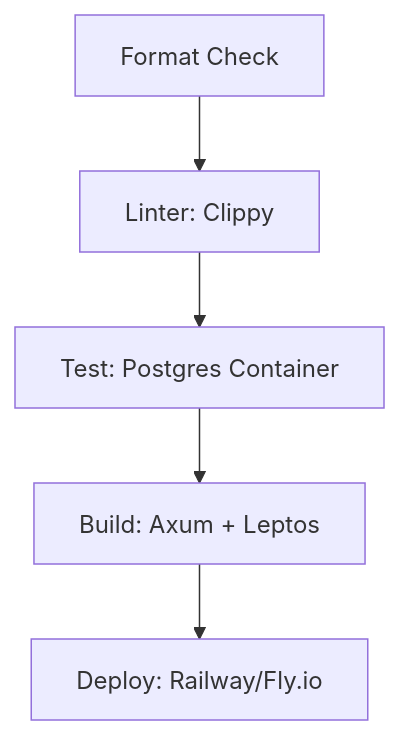
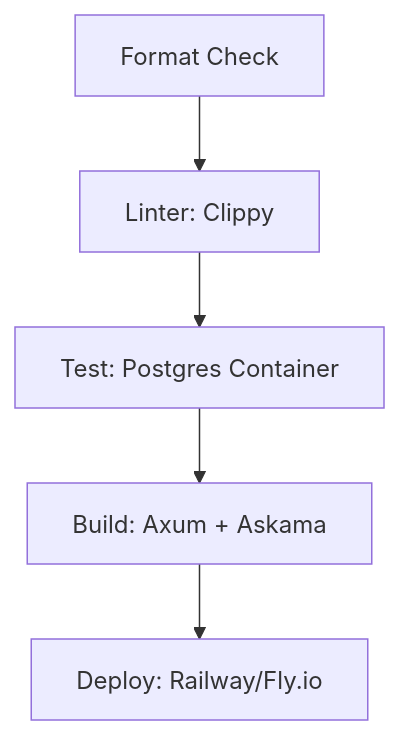
The diagram in .agents/skills/github-actions-rust/SKILL.md (victorcastillojimenez/Nebripop), drawn with Mermaid before and after one commit. The commit also changed other lines of this file and 7 other files, not shown here.

````diff
--- a/.agents/skills/github-actions-rust/SKILL.md
+++ b/.agents/skills/github-actions-rust/SKILL.md
@@ -27,7 +27,7 @@
 ```mermaid
 graph TD
     fmt[Format Check] --> clippy[Linter: Clippy]
     clippy --> test[Test: Postgres Container]
-    test --> build[Build: Axum + Leptos]
+    test --> build[Build: Axum + Askama]
     build --> deploy[Deploy: Railway/Fly.io]
 ```
````
